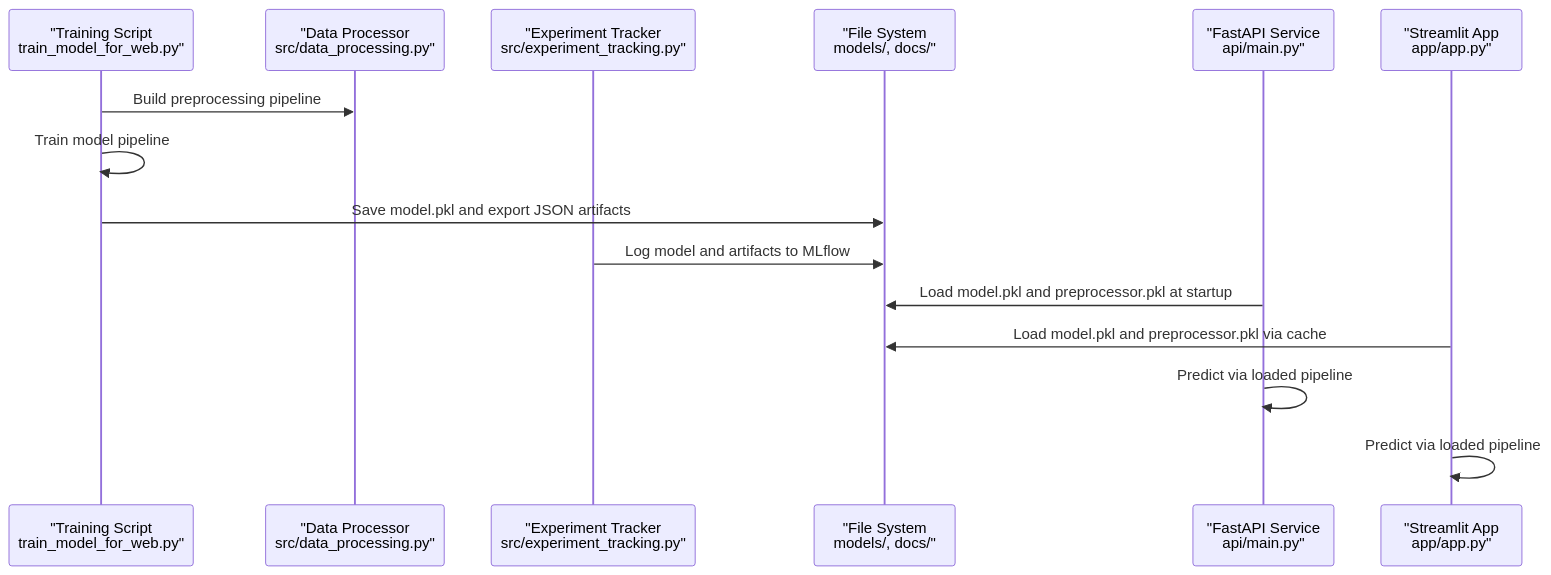
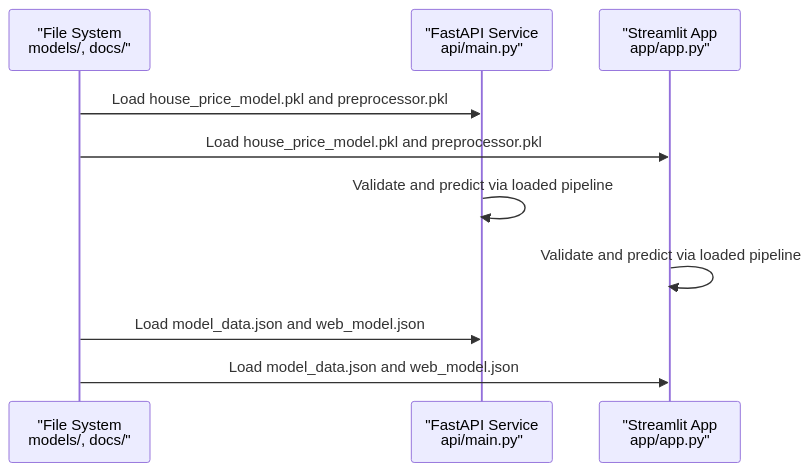
Before and after one commit to tashkirrr/housing-price-prediction: the second of 7 diagrams in .qoder/repowiki/en/content/Model Management.md, drawn with Mermaid. The commit also changed other lines of this file and 9 other files, not shown here.

````diff
--- a/.qoder/repowiki/en/content/Model Management.md
+++ b/.qoder/repowiki/en/content/Model Management.md
@@ -121,17 +116,12 @@
 ```mermaid
 sequenceDiagram
-participant Trainer as "Training Script<br/>train_model_for_web.py"
-participant DP as "Data Processor<br/>src/data_processing.py"
-participant ET as "Experiment Tracker<br/>src/experiment_tracking.py"
 participant FS as "File System<br/>models/, docs/"
 participant API as "FastAPI Service<br/>api/main.py"
 participant APP as "Streamlit App<br/>app/app.py"
-Trainer->>DP : Build preprocessing pipeline
-Trainer->>Trainer : Train model pipeline
-Trainer->>FS : Save model.pkl and export JSON artifacts
-ET->>FS : Log model and artifacts to MLflow
-API->>FS : Load model.pkl and preprocessor.pkl at startup
-APP->>FS : Load model.pkl and preprocessor.pkl via cache
-API->>API : Predict via loaded pipeline
-APP->>APP : Predict via loaded pipeline
+FS->>API : Load house_price_model.pkl and preprocessor.pkl
+FS->>APP : Load house_price_model.pkl and preprocessor.pkl
+API->>API : Validate and predict via loaded pipeline
+APP->>APP : Validate and predict via loaded pipeline
+FS->>API : Load model_data.json and web_model.json
+FS->>APP : Load model_data.json and web_model.json
 ```
````
